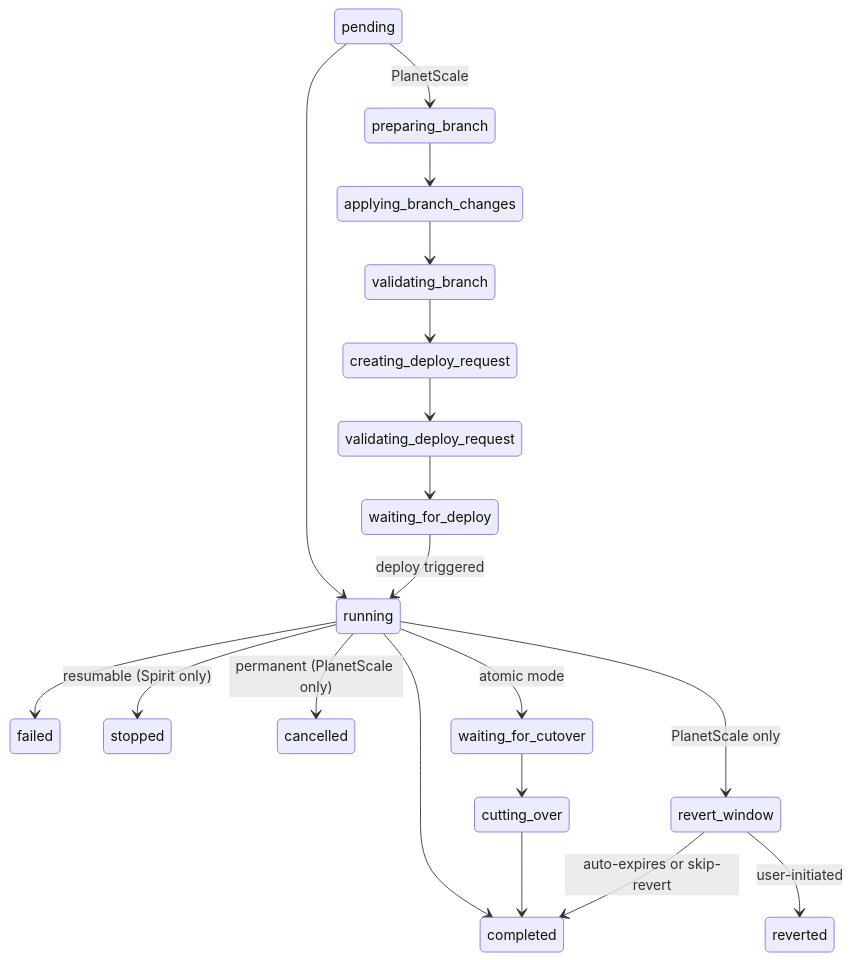
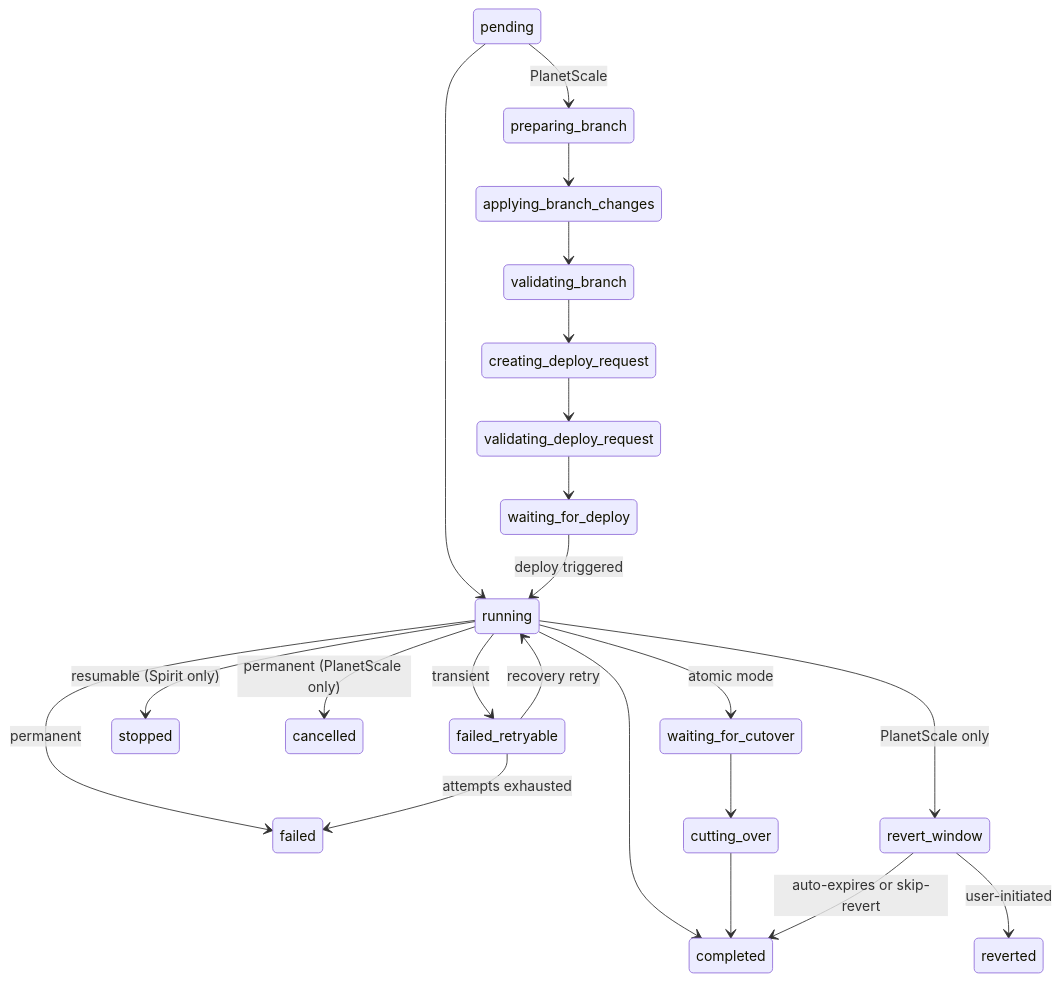
One commit to block/schemabot changed the first of 3 diagrams in pkg/state/README.md. Above: the diagram before and after it, drawn with Mermaid. The commit also changed other lines of this file and 29 other files, not shown here.

First line of the commit message:
feat: add failed_retryable state, scheduler, and recovery loop

````diff
--- a/pkg/state/README.md
+++ b/pkg/state/README.md
@@ -33,23 +34,27 @@
 ```mermaid
 stateDiagram-v2
     pending --> running
     pending --> preparing_branch : PlanetScale
     preparing_branch --> applying_branch_changes
     applying_branch_changes --> validating_branch
     validating_branch --> creating_deploy_request
     creating_deploy_request --> validating_deploy_request
     validating_deploy_request --> waiting_for_deploy
     waiting_for_deploy --> running : deploy triggered
     running --> completed
-    running --> failed
+    running --> failed : permanent
+    running --> failed_retryable : transient
     running --> stopped : resumable (Spirit only)
     running --> cancelled : permanent (PlanetScale only)
+
+    failed_retryable --> running : recovery retry
+    failed_retryable --> failed : attempts exhausted
     running --> waiting_for_cutover : atomic mode
     running --> revert_window : PlanetScale only
 
     waiting_for_cutover --> cutting_over
     cutting_over --> completed
 
     revert_window --> completed : auto-expires or skip-revert
     revert_window --> reverted : user-initiated
 ```
````
